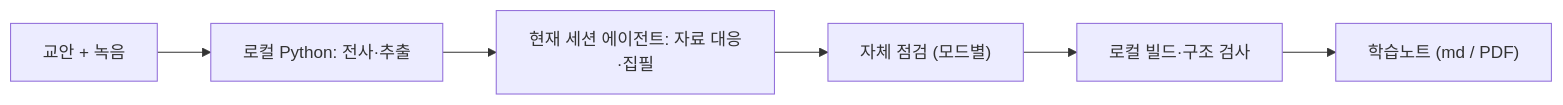
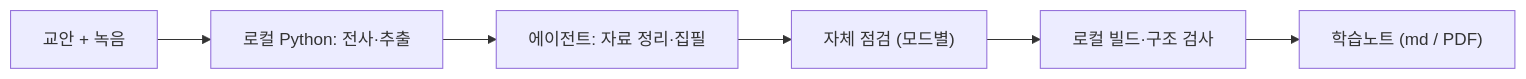
One commit to choconyam/gongbu-haja changed the diagram in README.md. Above: the diagram before and after it, drawn with Mermaid. The commit also changed other lines of this file and 1 other file, not shown here.

````diff
--- a/README.md
+++ b/README.md
@@ -78,8 +75,8 @@
 ```mermaid
 flowchart LR
     U["교안 + 녹음"] --> P["로컬 Python: 전사·추출"]
-    P --> A["현재 세션 에이전트: 자료 대응·집필"]
+    P --> A["에이전트: 자료 정리·집필"]
     A --> C["자체 점검 (모드별)"]
     C --> B["로컬 빌드·구조 검사"]
     B --> O["학습노트 (md / PDF)"]
 ```
````
